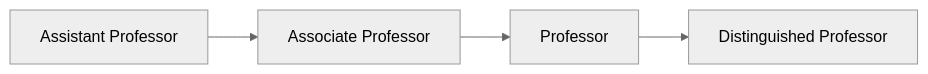
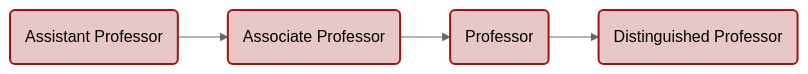
One commit to paytonrodman/paytonrodman.github.io changed the second of 3 diagrams in content/resource/grad-FAQ/before/research.md. Above: the diagram before and after it, drawn with Mermaid (neutral theme). The commit also changed other lines of this file, not shown here.

````diff
--- a/content/resource/grad-FAQ/before/research.md
+++ b/content/resource/grad-FAQ/before/research.md
@@ -111,6 +113,8 @@
 ```mermaid
 graph LR;
-  A[Assistant Professor]-->B[Associate Professor];
-  B[Associate Professor]-->C[Professor];
-  C[Professor]-->D[Distinguished Professor];
+  A(Assistant Professor)-->B(Associate Professor);
+  B(Associate Professor)-->C(Professor);
+  C(Professor)-->D(Distinguished Professor);
+  classDef website fill:#e8c8c7,stroke:#9d1512,stroke-width:2px
+  class A,B,C,D website
 ```
````
